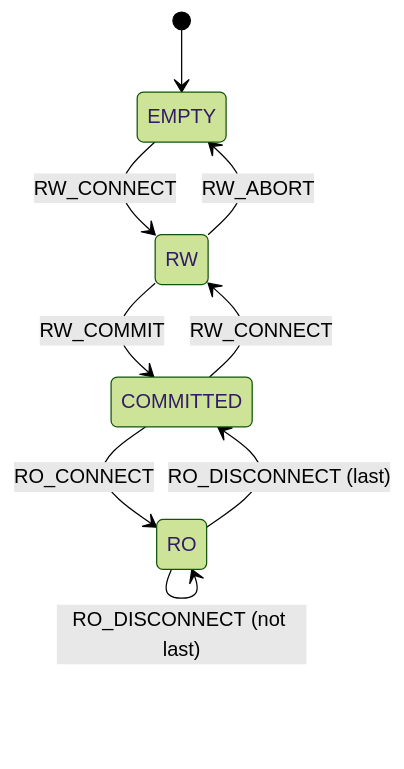
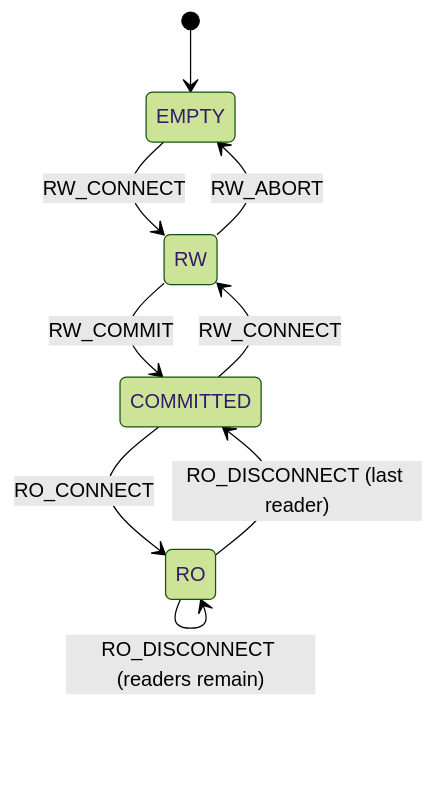
One commit to ai-dynamo/dynamo changed the second of 2 diagrams in lib/gpu_memory_service/README.md. Above: the diagram before and after it, drawn with Mermaid (forest theme). The commit also changed other lines of this file and 4 other files, not shown here.

````diff
--- a/lib/gpu_memory_service/README.md
+++ b/lib/gpu_memory_service/README.md
@@ -136,15 +133,15 @@
 ```mermaid
 stateDiagram-v2
     [*] --> EMPTY
 
     EMPTY --> RW : RW_CONNECT
     RW --> COMMITTED : RW_COMMIT
     RW --> EMPTY : RW_ABORT
 
     COMMITTED --> RW : RW_CONNECT
     COMMITTED --> RO : RO_CONNECT
 
     RO --> RO : RO_CONNECT
-    RO --> RO : RO_DISCONNECT (not last)
-    RO --> COMMITTED : RO_DISCONNECT (last)
+    RO --> RO : RO_DISCONNECT (readers remain)
+    RO --> COMMITTED : RO_DISCONNECT (last reader)
 ```
````
